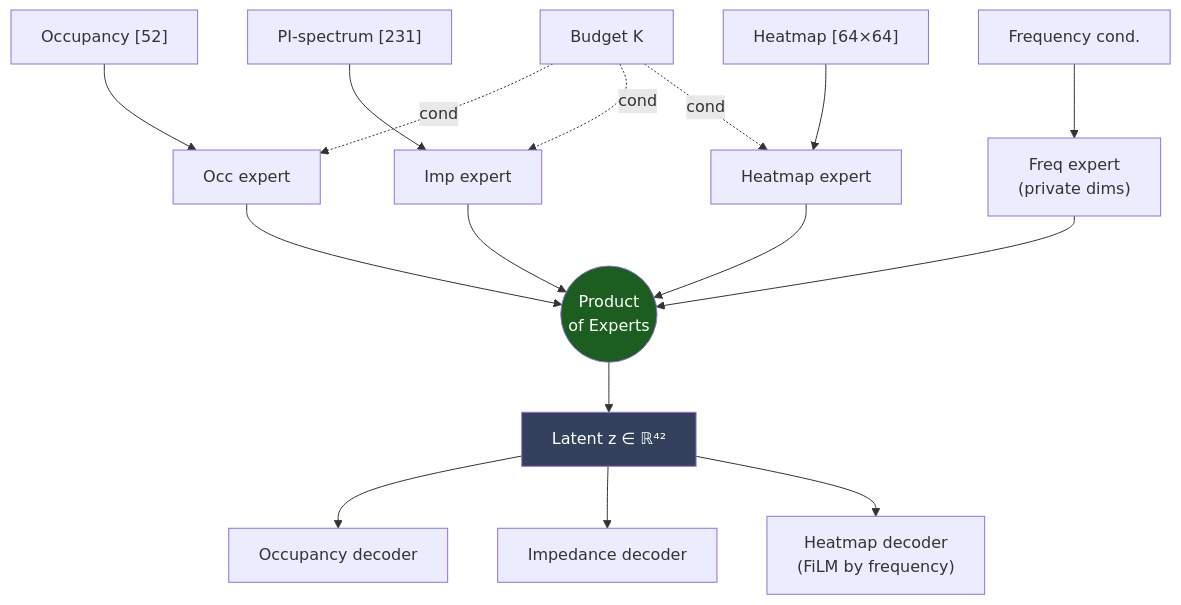
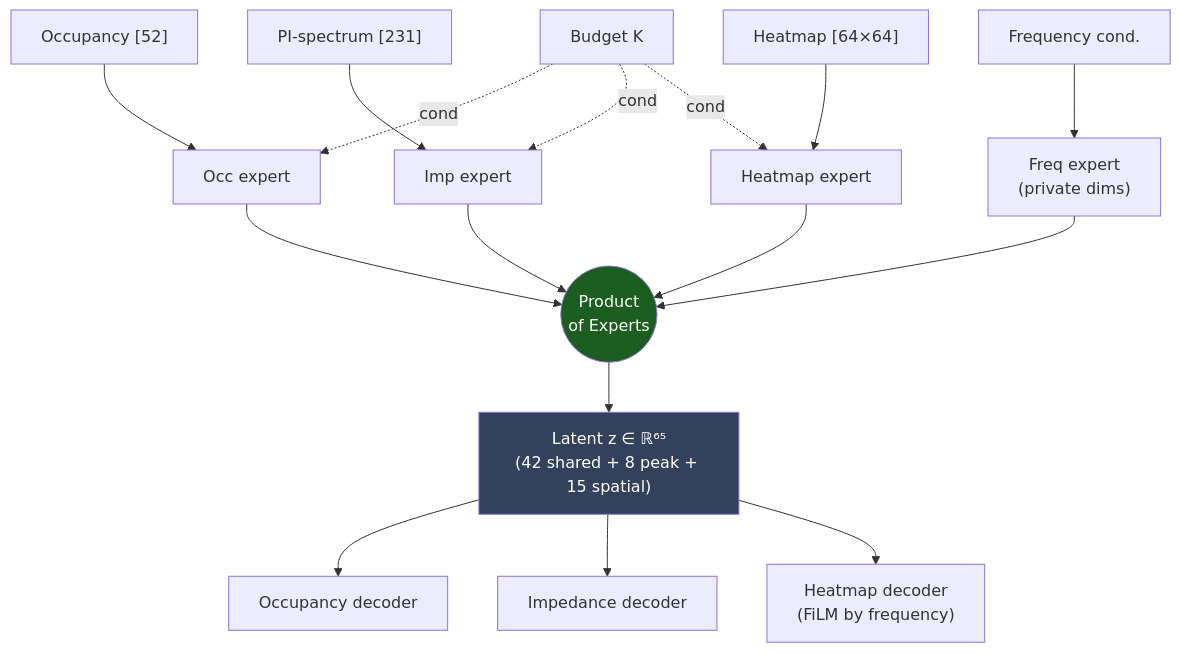
The third of 5 diagrams in README.md (kovarthanmuthusamy/pdn-genai-optimization), drawn with Mermaid before and after one commit. The commit also changed other lines of this file, not shown here.

First line of the commit message:
Update README for exp057 structured graph VAE and current repo layout.

````diff
--- a/README.md
+++ b/README.md
@@ -158,18 +168,18 @@
 ```mermaid
 flowchart TD
     OCC["Occupancy [52]"] --> EO["Occ expert"]
     IMP["PI-spectrum [231]"] --> EI["Imp expert"]
     HM["Heatmap [64×64]"] --> EH["Heatmap expert"]
     F["Frequency cond."] --> EF["Freq expert<br/>(private dims)"]
     K["Budget K"] -.cond.-> EO & EI & EH
     EO --> POE(("Product<br/>of Experts"))
     EI --> POE
     EH --> POE
     EF --> POE
-    POE --> Zl["Latent z ∈ ℝ⁴²"]
+    POE --> Zl["Latent z ∈ ℝ⁶⁵<br/>(42 shared + 8 peak + 15 spatial)"]
     Zl --> DO["Occupancy decoder"]
     Zl --> DI["Impedance decoder"]
     Zl --> DH["Heatmap decoder<br/>(FiLM by frequency)"]
     style POE fill:#1b5e20,color:#fff
     style Zl fill:#33415c,color:#fff
 ```
````
